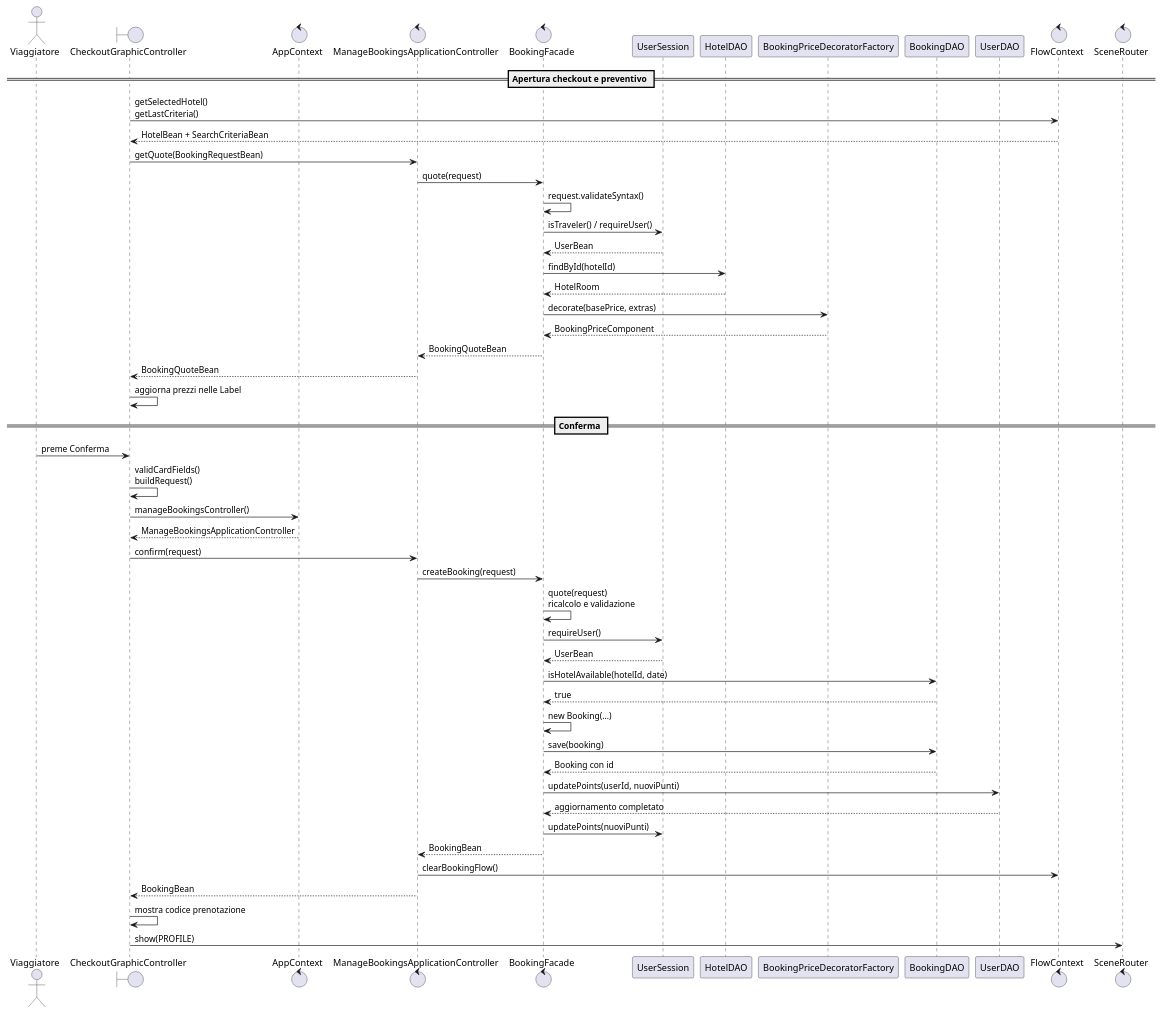
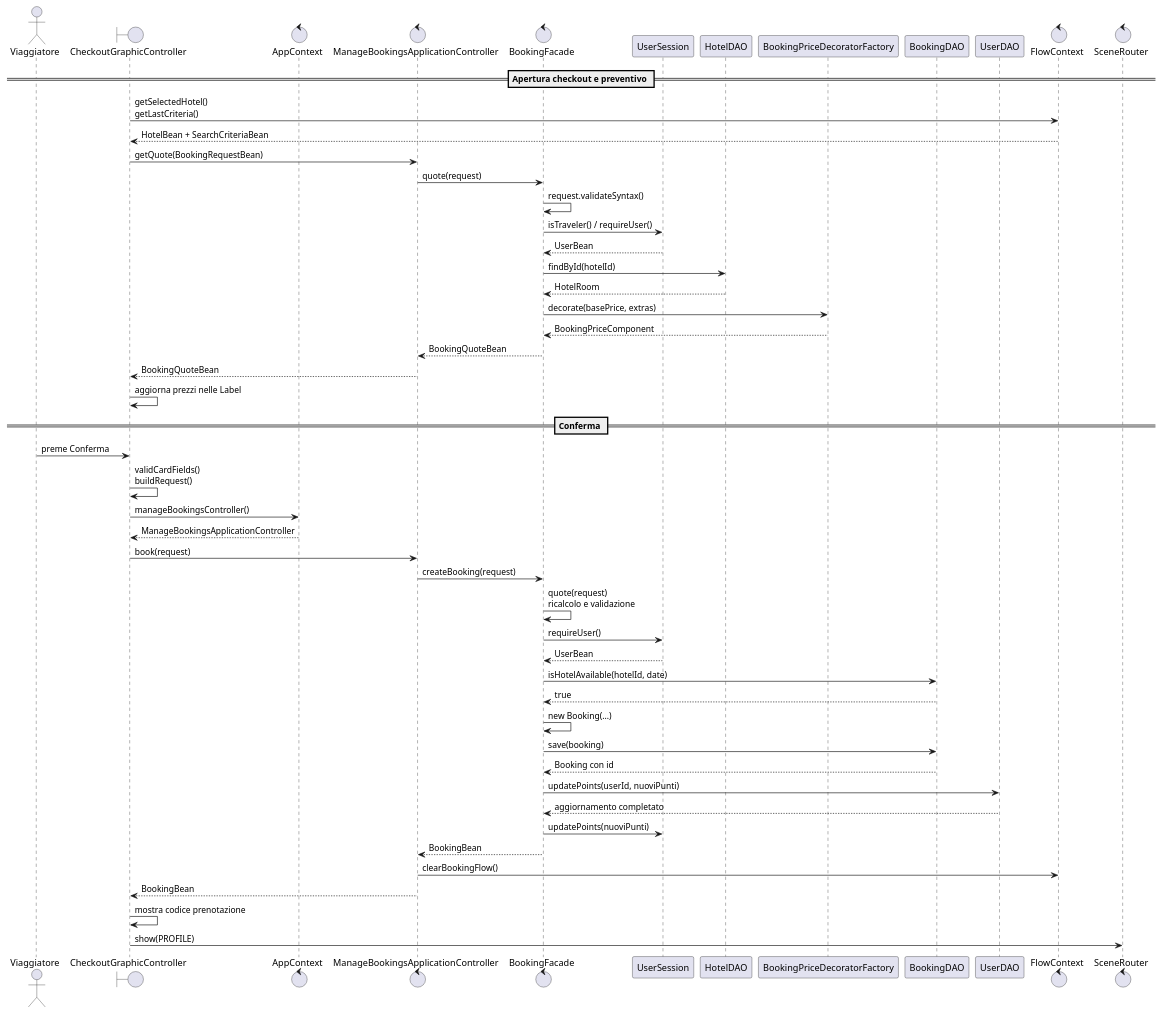
One commit to SammySignorile/adventure-time changed the diagram in docs/uml/sequence-booking.puml. Above: the diagram before and after it, drawn with PlantUML. The commit also changed 50 other files, not shown here.

```diff
--- a/docs/uml/sequence-booking.puml
+++ b/docs/uml/sequence-booking.puml
@@ -1,55 +1,55 @@
 @startuml
 actor Viaggiatore
 boundary CheckoutGraphicController as GUI
 control AppContext as CTX
 control ManageBookingsApplicationController as AC
 control BookingFacade as FACADE
 participant UserSession as SESSION
 participant HotelDAO as HDAO
 participant BookingPriceDecoratorFactory as DECORATOR
 participant BookingDAO as BDAO
 participant UserDAO as UDAO
 control FlowContext as FLOW
 control SceneRouter as ROUTER
 
 == Apertura checkout e preventivo ==
 GUI -> FLOW : getSelectedHotel()\ngetLastCriteria()
 FLOW --> GUI : HotelBean + SearchCriteriaBean
 GUI -> AC : getQuote(BookingRequestBean)
 AC -> FACADE : quote(request)
 FACADE -> FACADE : request.validateSyntax()
 FACADE -> SESSION : isTraveler() / requireUser()
 SESSION --> FACADE : UserBean
 FACADE -> HDAO : findById(hotelId)
 HDAO --> FACADE : HotelRoom
 FACADE -> DECORATOR : decorate(basePrice, extras)
 DECORATOR --> FACADE : BookingPriceComponent
 FACADE --> AC : BookingQuoteBean
 AC --> GUI : BookingQuoteBean
 GUI -> GUI : aggiorna prezzi nelle Label
 
 == Conferma ==
 Viaggiatore -> GUI : preme Conferma
 GUI -> GUI : validCardFields()\nbuildRequest()
 GUI -> CTX : manageBookingsController()
 CTX --> GUI : ManageBookingsApplicationController
-GUI -> AC : confirm(request)
+GUI -> AC : book(request)
 AC -> FACADE : createBooking(request)
 
 FACADE -> FACADE : quote(request)\nricalcolo e validazione
 FACADE -> SESSION : requireUser()
 SESSION --> FACADE : UserBean
 FACADE -> BDAO : isHotelAvailable(hotelId, date)
 BDAO --> FACADE : true
 FACADE -> FACADE : new Booking(...)
 FACADE -> BDAO : save(booking)
 BDAO --> FACADE : Booking con id
 FACADE -> UDAO : updatePoints(userId, nuoviPunti)
 UDAO --> FACADE : aggiornamento completato
 FACADE -> SESSION : updatePoints(nuoviPunti)
 FACADE --> AC : BookingBean
 AC -> FLOW : clearBookingFlow()
 AC --> GUI : BookingBean
 GUI -> GUI : mostra codice prenotazione
 GUI -> ROUTER : show(PROFILE)
 @enduml
```
